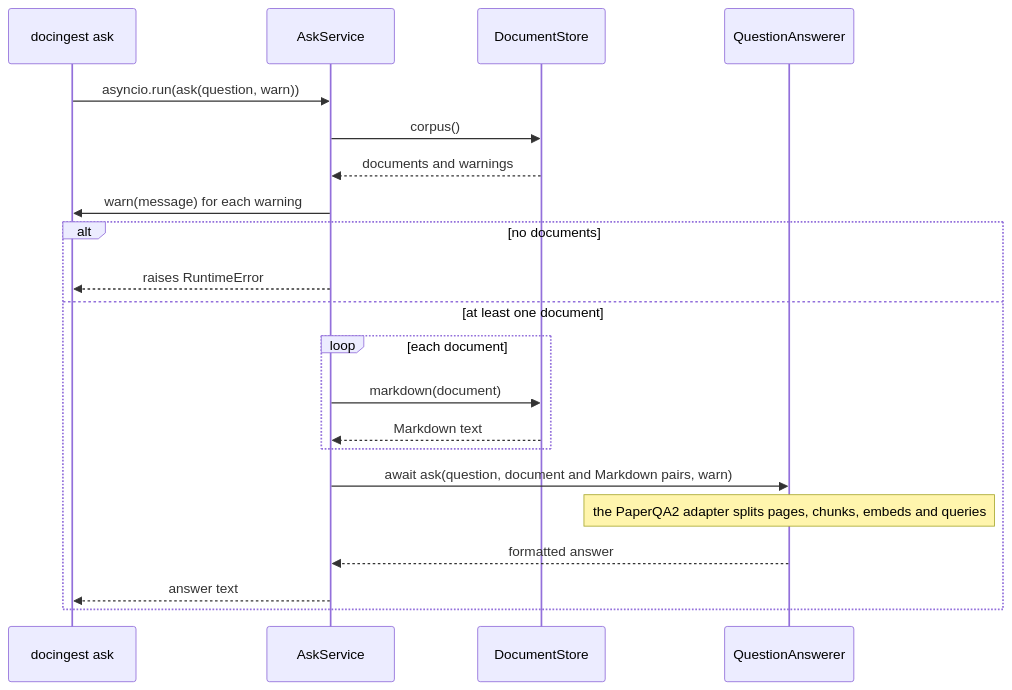
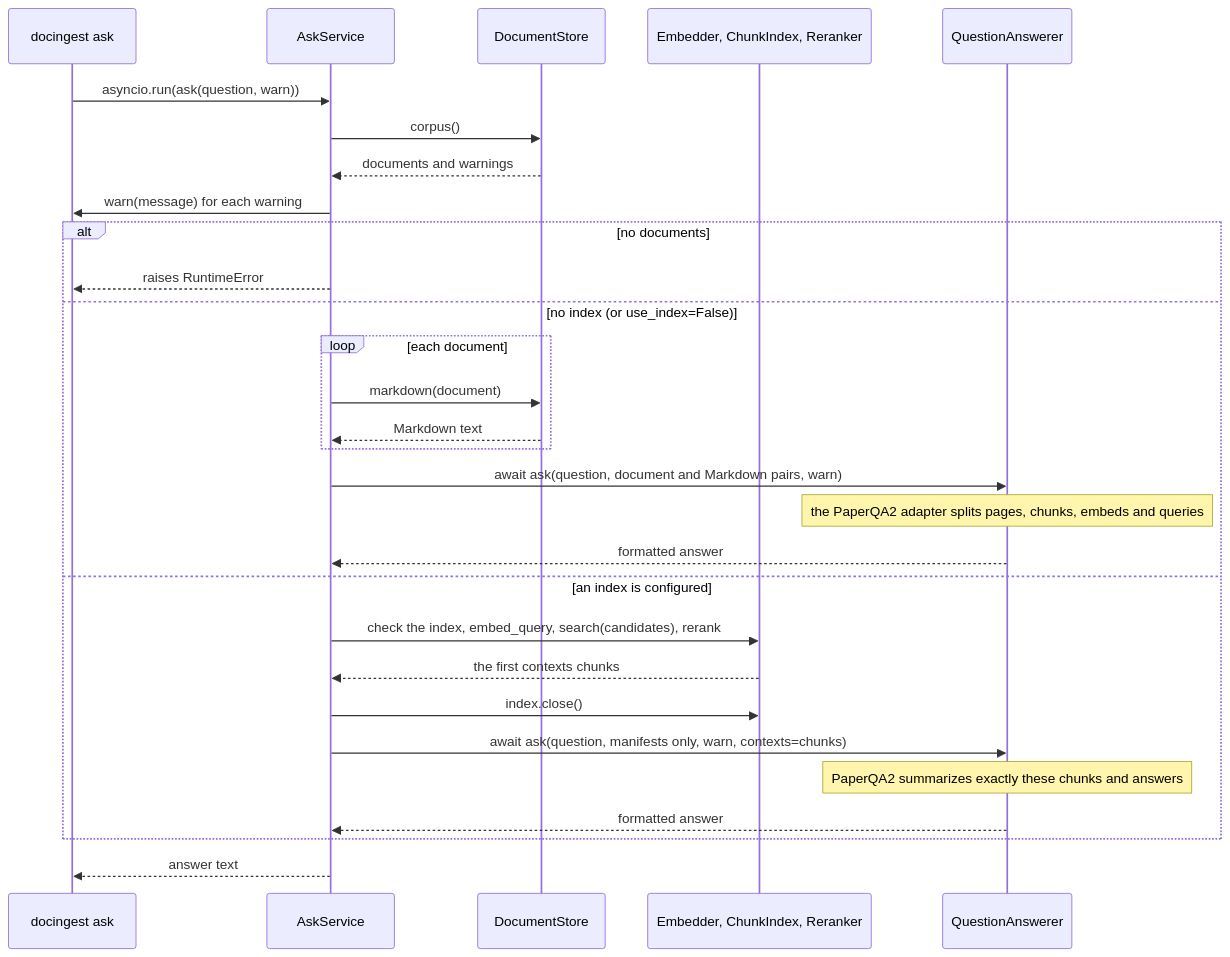
One commit to etxsA/doc-ingest changed the ninth of 14 diagrams in packages/docingest/src/docingest/application/README.md. Above: the diagram before and after it, drawn with Mermaid. The commit also changed other lines of this file and 11 other files, not shown here.

First line of the commit message:
docs: ask with the chunk index, --index flags and ADR 0004

````diff
--- a/packages/docingest/src/docingest/application/README.md
+++ b/packages/docingest/src/docingest/application/README.md
@@ -818,23 +856,31 @@
 ```mermaid
 sequenceDiagram
     participant CLI as docingest ask
     participant Ask as AskService
     participant Store as DocumentStore
+    participant Idx as Embedder, ChunkIndex, Reranker
     participant QA as QuestionAnswerer
     CLI->>Ask: asyncio.run(ask(question, warn))
     Ask->>Store: corpus()
     Store-->>Ask: documents and warnings
     Ask->>CLI: warn(message) for each warning
     alt no documents
         Ask-->>CLI: raises RuntimeError
-    else at least one document
+    else no index (or use_index=False)
         loop each document
             Ask->>Store: markdown(document)
             Store-->>Ask: Markdown text
         end
         Ask->>QA: await ask(question, document and Markdown pairs, warn)
         Note over QA: the PaperQA2 adapter splits pages, chunks, embeds and queries
         QA-->>Ask: formatted answer
-        Ask-->>CLI: answer text
+    else an index is configured
+        Ask->>Idx: check the index, embed_query, search(candidates), rerank
+        Idx-->>Ask: the first contexts chunks
+        Ask->>Idx: index.close()
+        Ask->>QA: await ask(question, manifests only, warn, contexts=chunks)
+        Note over QA: PaperQA2 summarizes exactly these chunks and answers
+        QA-->>Ask: formatted answer
     end
+    Ask-->>CLI: answer text
 ```
````
